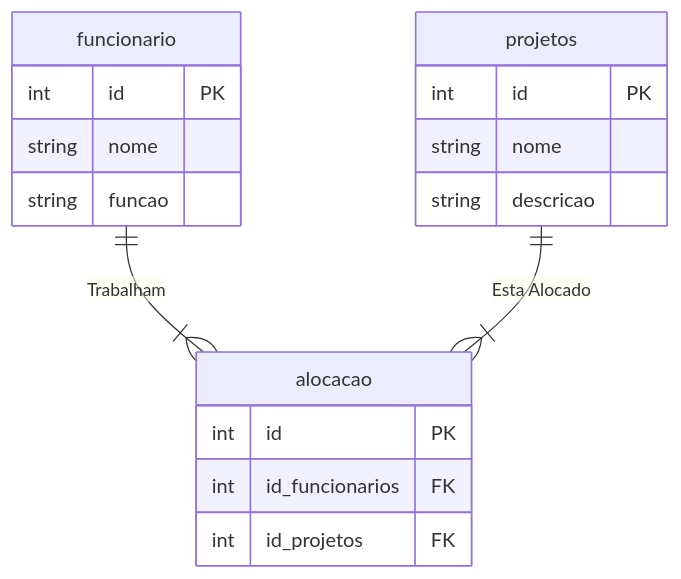
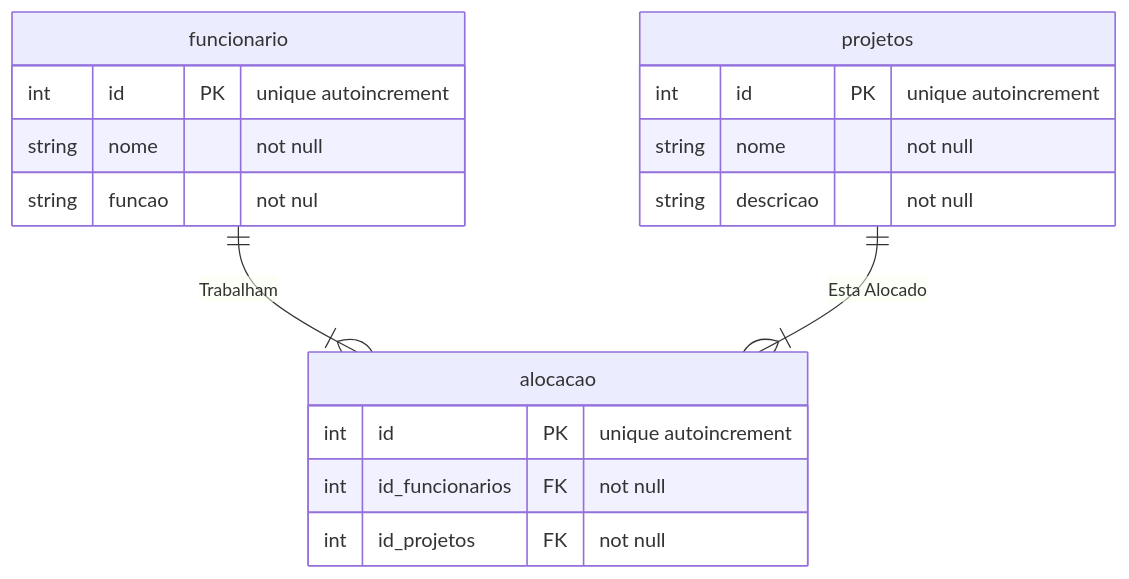
Before and after one commit to joaorbm09/banco_de_dados: the first of 2 diagrams in exercicios/ex5.md, drawn with Mermaid. The commit also changed 4 other files, not shown here.

````diff
--- a/exercicios/ex5.md
+++ b/exercicios/ex5.md
@@ -5,21 +5,21 @@
 ```mermaid
     erDiagram
         funcionario{
-            int id PK
-            string nome
-            string funcao
+            int id PK "unique autoincrement"
+            string nome "not null"
+            string funcao "not nul"
         }
         projetos{
-            int id PK
-            string nome
-            string descricao
+            int id PK "unique autoincrement"
+            string nome "not null"
+            string descricao "not null"
         }
         alocacao{
-            int id PK
-            int id_funcionarios FK
-            int id_projetos FK
+            int id PK "unique autoincrement"
+            int id_funcionarios FK "not null"
+            int id_projetos FK "not null"
         }
 
 funcionario ||--|{ alocacao:Trabalham
 projetos ||--|{alocacao:"Esta Alocado"
 ```
````
